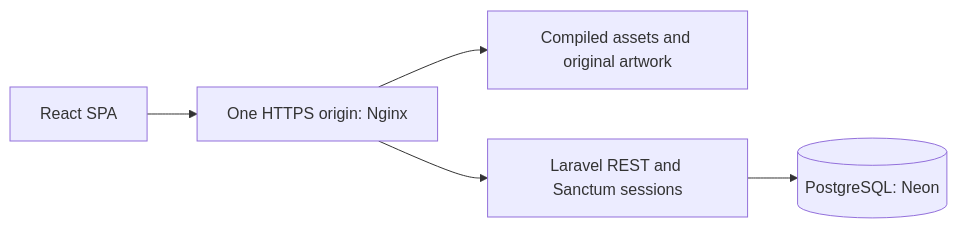
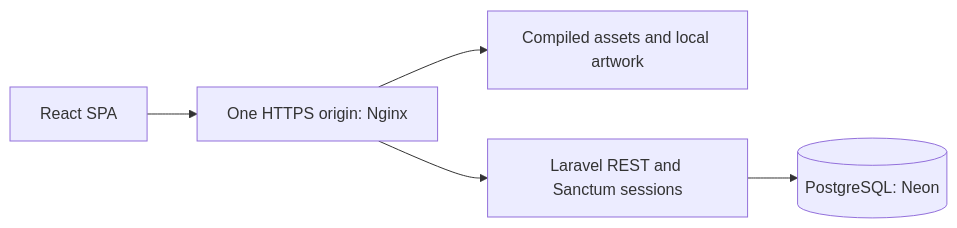
The diagram in README.md (Farid1324/Project_clone), drawn with Mermaid before and after one commit. The commit also changed other lines of this file and 142 other files, not shown here.

````diff
--- a/README.md
+++ b/README.md
@@ -57,7 +89,7 @@
 ```mermaid
 flowchart LR
     Browser[React SPA] --> Origin[One HTTPS origin: Nginx]
-    Origin --> Static[Compiled assets and original artwork]
+    Origin --> Static[Compiled assets and local artwork]
     Origin --> Laravel[Laravel REST and Sanctum sessions]
     Laravel --> PG[(PostgreSQL: Neon)]
 ```
````
